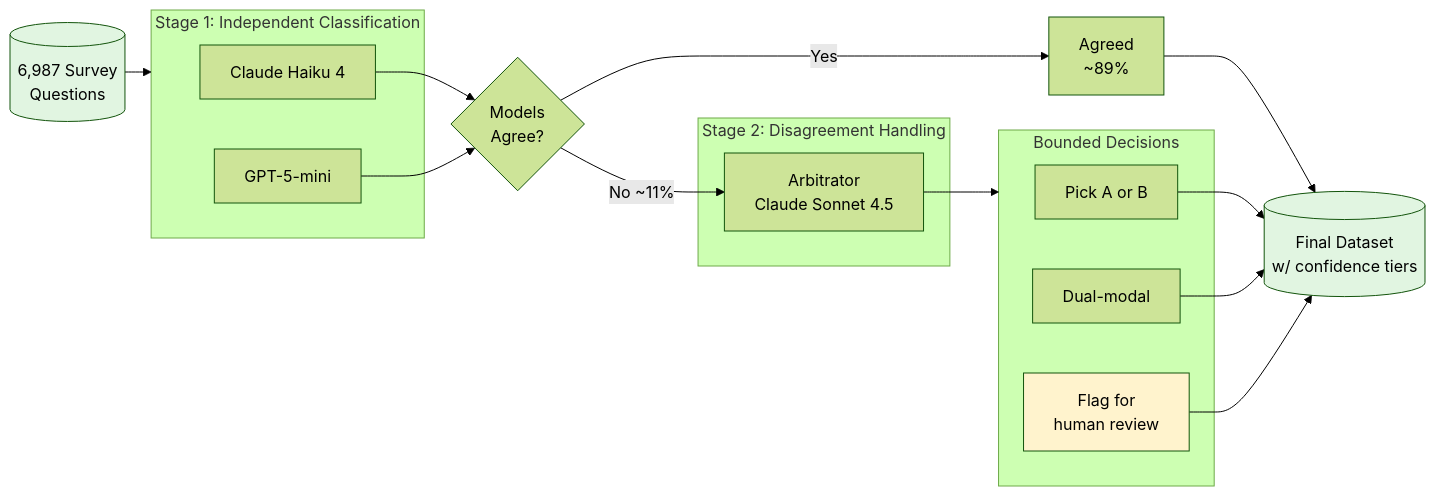
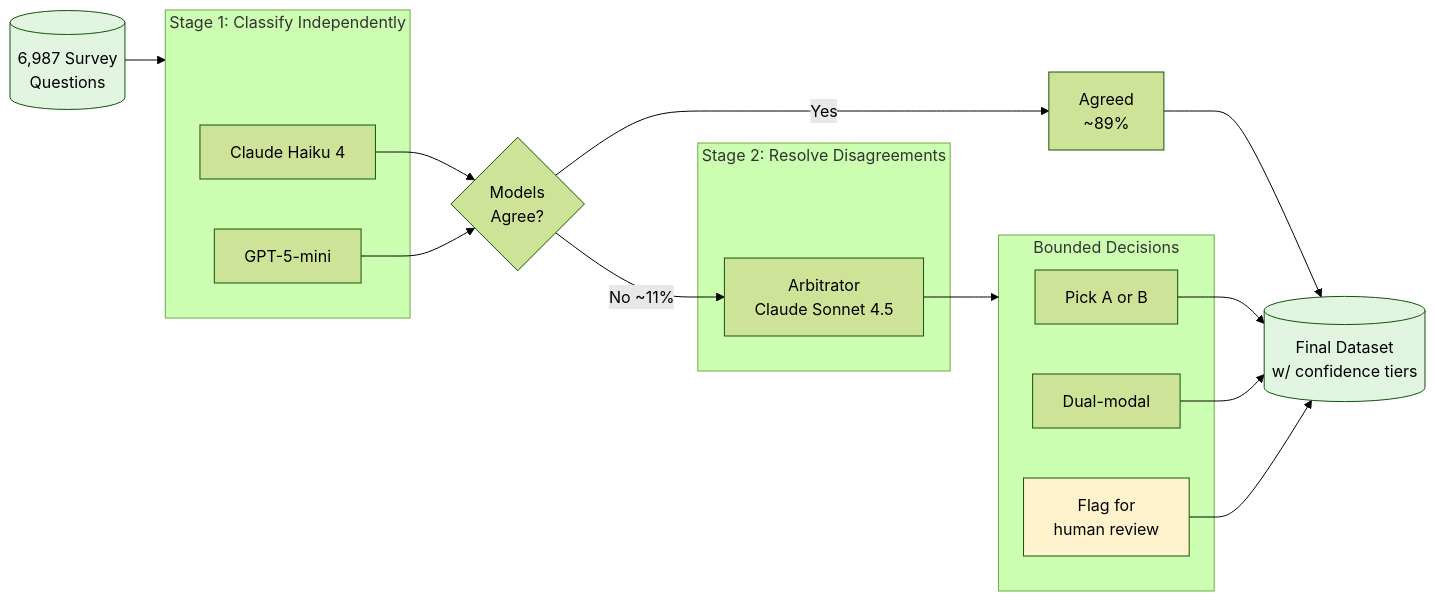
Before and after one commit to brockwebb/ai-demos: the diagram in ai_agents_101/diagrams/fscm_architecture.mmd, drawn with Mermaid (forest theme). The commit also changed 8 other files, not shown here.

Commit message:
slide formatting fixes / diagrams

```diff
--- a/ai_agents_101/diagrams/fscm_architecture.mmd
+++ b/ai_agents_101/diagrams/fscm_architecture.mmd
@@ -1,39 +1,43 @@
 flowchart LR
-    Input[(6,987 Survey\nQuestions)]
+    Input[(6,987 Survey<br/>Questions)]
 
-    subgraph Stage1[Stage 1: Independent Classification]
+    subgraph Stage1[Stage 1: Classify Independently]
+        S1spacer[ ]
         Claude[Claude Haiku 4]
         GPT[GPT-5-mini]
     end
 
-    Compare{Models\nAgree?}
+    Compare{Models<br/>Agree?}
 
-    Agree[Agreed\n~89%]
+    Agree[Agreed<br/>~89%]
 
-    subgraph Stage2[Stage 2: Disagreement Handling]
-        Arbitrate[Arbitrator\nClaude Sonnet 4.5]
+    subgraph Stage2[Stage 2: Resolve Disagreements]
+        S2spacer[ ]
+        Arbitrate[Arbitrator<br/>Claude Sonnet 4.5]
     end
 
     subgraph Decisions[Bounded Decisions]
         Pick[Pick A or B]
         Dual[Dual-modal]
-        Flag[Flag for\nhuman review]
+        Flag[Flag for<br/>human review]
     end
 
-    Output[(Final Dataset\nw/ confidence tiers)]
+    Output[(Final Dataset<br/>w/ confidence tiers)]
 
     Input --> Stage1
     Claude --> Compare
     GPT --> Compare
     Compare -->|Yes| Agree
     Compare -->|No ~11%| Arbitrate
     Arbitrate --> Decisions
 
     Agree --> Output
     Pick --> Output
     Dual --> Output
     Flag --> Output
 
     style Input fill:#e1f5e1
     style Output fill:#e1f5e1
     style Flag fill:#fff3cd
+    style S1spacer fill:transparent,stroke:none,color:transparent
+    style S2spacer fill:transparent,stroke:none,color:transparent
```
